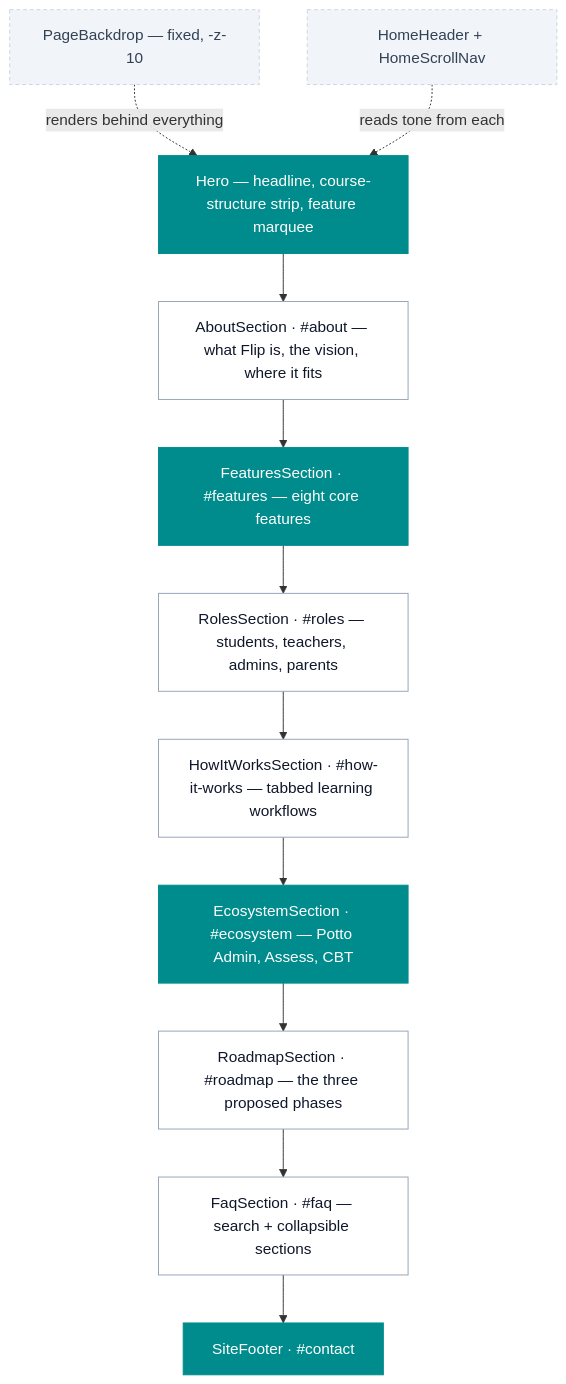
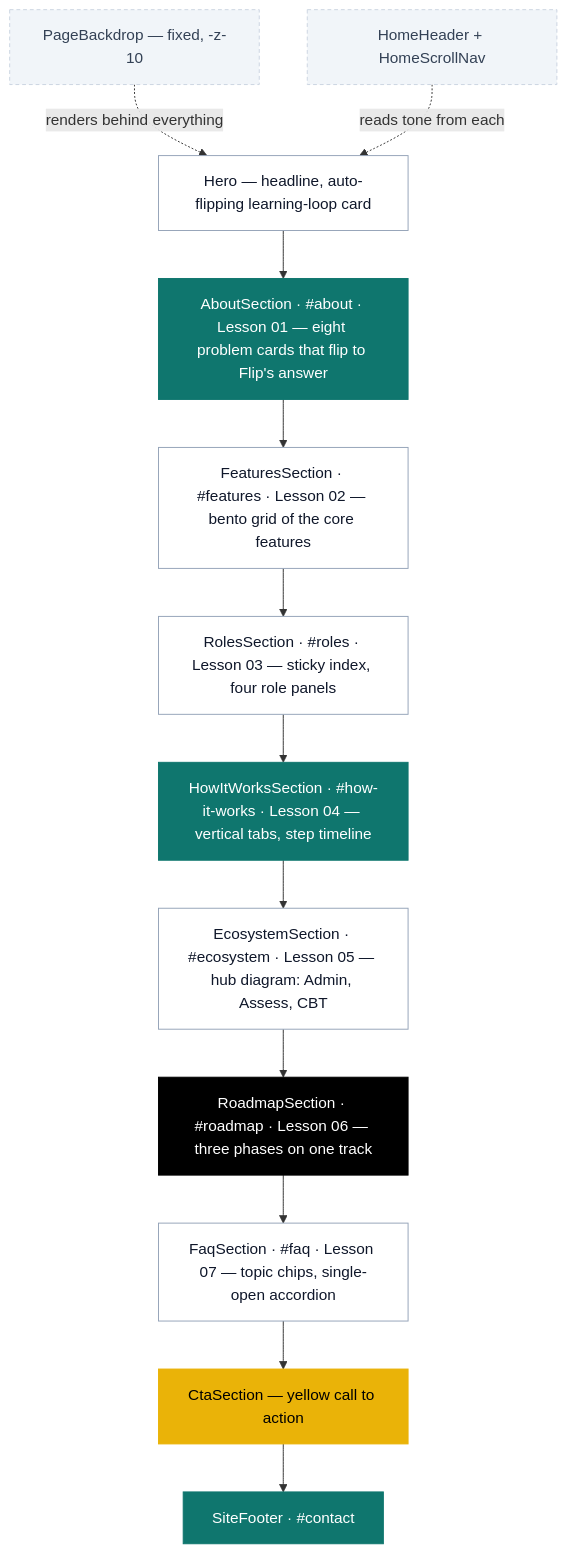
Before and after one commit to odomaurice/potto-cbt: the first of 3 diagrams in README.md, drawn with Mermaid. The commit also changed other lines of this file and 23 other files, not shown here.

First line of the commit message:
refactor: update HowItWorksSection and RoadmapSection for improved accessibility and styling

````diff
--- a/README.md
+++ b/README.md
@@ -73,23 +73,26 @@
 ```mermaid
 flowchart TB
     BD["PageBackdrop — fixed, -z-10"]:::util
     HD["HomeHeader + HomeScrollNav"]:::util
 
-    H["Hero — headline, course-structure strip, feature marquee"]:::dark
-    A["AboutSection · #about — what Flip is, the vision, where it fits"]:::light
-    F["FeaturesSection · #features — eight core features"]:::dark
-    R["RolesSection · #roles — students, teachers, admins, parents"]:::light
-    W["HowItWorksSection · #how-it-works — tabbed learning workflows"]:::light
-    E["EcosystemSection · #ecosystem — Potto Admin, Assess, CBT"]:::dark
-    RM["RoadmapSection · #roadmap — the three proposed phases"]:::light
-    FQ["FaqSection · #faq — search + collapsible sections"]:::light
+    H["Hero — headline, auto-flipping learning-loop card"]:::light
+    A["AboutSection · #about · Lesson 01 — eight problem cards that flip to Flip's answer"]:::dark
+    F["FeaturesSection · #features · Lesson 02 — bento grid of the core features"]:::light
+    R["RolesSection · #roles · Lesson 03 — sticky index, four role panels"]:::light
+    W["HowItWorksSection · #how-it-works · Lesson 04 — vertical tabs, step timeline"]:::dark
+    E["EcosystemSection · #ecosystem · Lesson 05 — hub diagram: Admin, Assess, CBT"]:::light
+    RM["RoadmapSection · #roadmap · Lesson 06 — three phases on one track"]:::ink
+    FQ["FaqSection · #faq · Lesson 07 — topic chips, single-open accordion"]:::light
+    CT["CtaSection — yellow call to action"]:::yellow
     FT["SiteFooter · #contact"]:::dark
 
     BD -.->|"renders behind everything"| H
     HD -.->|"reads tone from each"| H
-    H --> A --> F --> R --> W --> E --> RM --> FQ --> FT
+    H --> A --> F --> R --> W --> E --> RM --> FQ --> CT --> FT
 
     classDef light fill:#ffffff,stroke:#94a3b8,color:#0f172a
-    classDef dark fill:#008c8c,stroke:#008c8c,color:#ffffff
+    classDef dark fill:#0f766e,stroke:#0f766e,color:#ffffff
+    classDef ink fill:#000000,stroke:#000000,color:#ffffff
+    classDef yellow fill:#eab308,stroke:#eab308,color:#000000
     classDef util fill:#f1f5f9,stroke:#cbd5e1,color:#334155,stroke-dasharray:4 3
 ```
````
